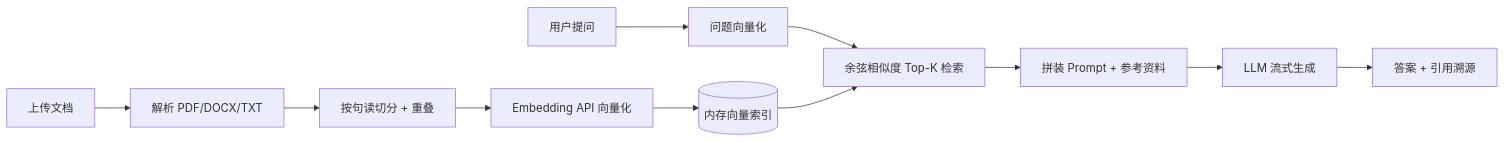
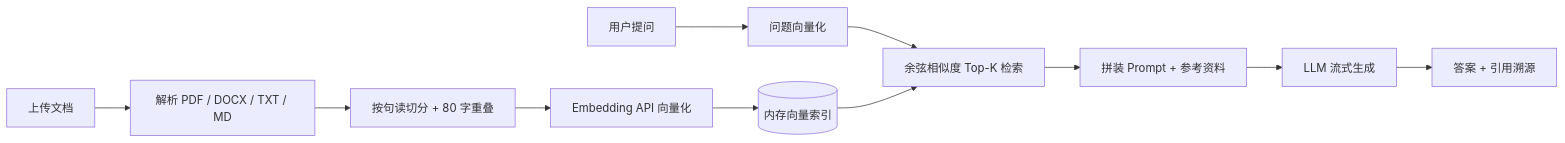
The diagram in README.md (chen20011015/rag-doc-qa), drawn with Mermaid before and after one commit. The commit also changed other lines of this file, not shown here.

````diff
--- a/README.md
+++ b/README.md
@@ -25,13 +39,13 @@
 ```mermaid
 flowchart LR
-    A[上传文档] --> B[解析 PDF/DOCX/TXT]
-    B --> C[按句读切分 + 重叠]
+    A[上传文档] --> B[解析 PDF / DOCX / TXT / MD]
+    B --> C[按句读切分 + 80 字重叠]
     C --> D[Embedding API 向量化]
     D --> E[(内存向量索引)]
     Q[用户提问] --> QE[问题向量化]
     QE --> R[余弦相似度 Top-K 检索]
     E --> R
     R --> P[拼装 Prompt + 参考资料]
     P --> L[LLM 流式生成]
     L --> O[答案 + 引用溯源]
 ```
````
